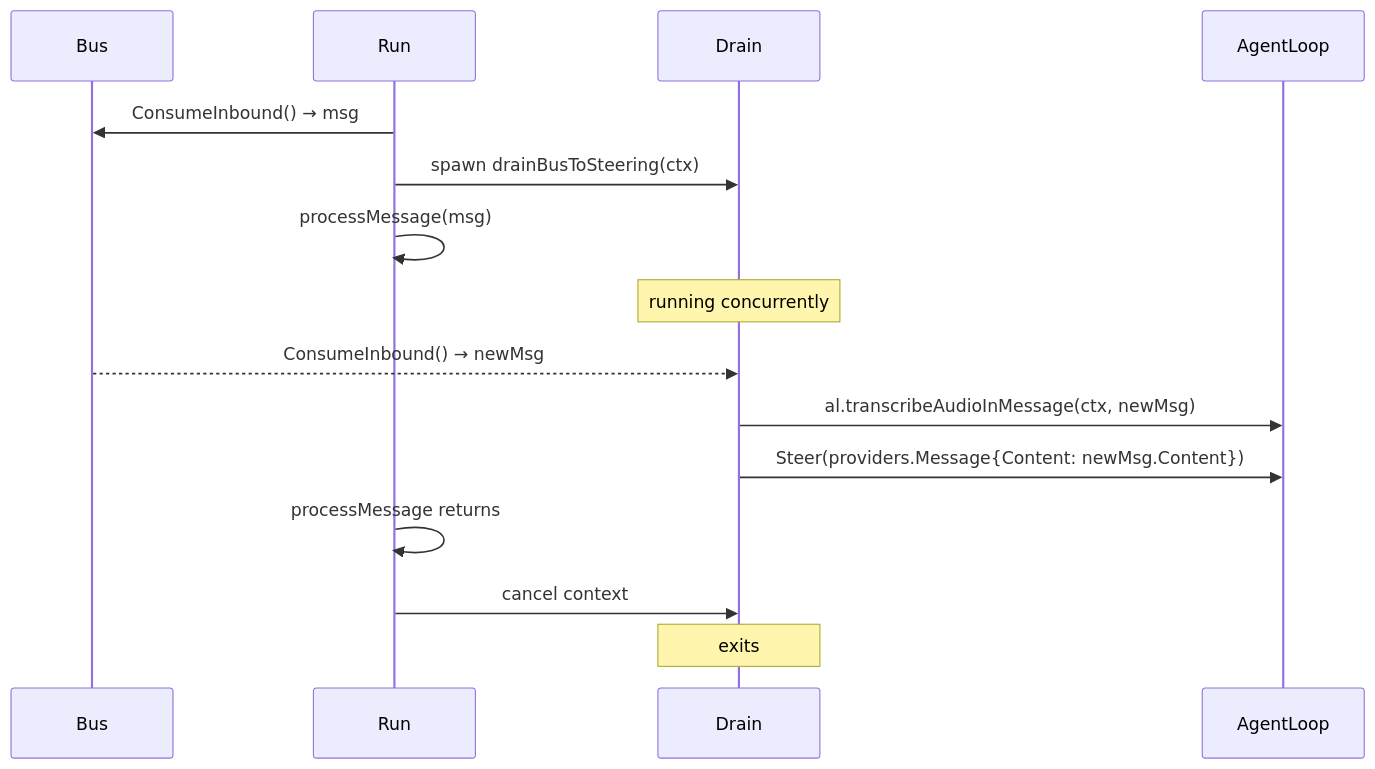
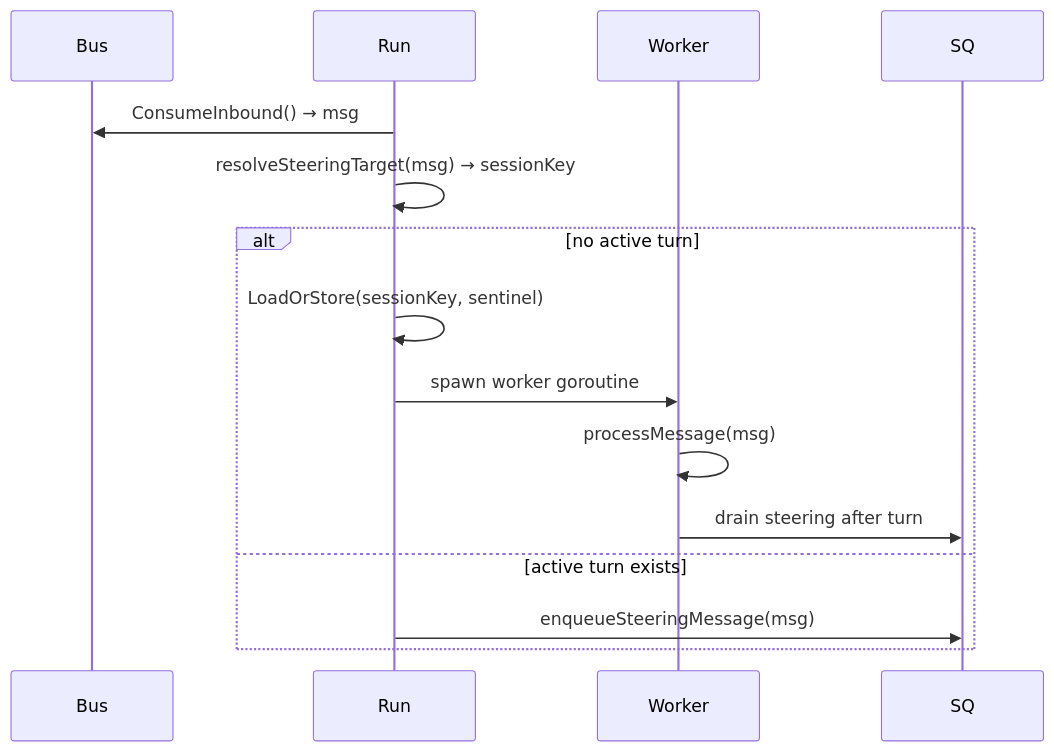
One commit to Net-Geometry/picoclaw changed the second of 4 diagrams in docs/design/steering-spec.md. Above: the diagram before and after it, drawn with Mermaid. The commit also changed other lines of this file and 13 other files, not shown here.

````diff
--- a/docs/design/steering-spec.md
+++ b/docs/design/steering-spec.md
@@ -56,21 +64,19 @@
 ```mermaid
 sequenceDiagram
     participant Bus
     participant Run
-    participant Drain
-    participant AgentLoop
+    participant Worker
+    participant SQ
 
     Run->>Bus: ConsumeInbound() → msg
-    Run->>Drain: spawn drainBusToSteering(ctx)
-    Run->>Run: processMessage(msg)
+    Run->>Run: resolveSteeringTarget(msg) → sessionKey
 
-    Note over Drain: running concurrently
-
-    Bus-->>Drain: ConsumeInbound() → newMsg
-    Drain->>AgentLoop: al.transcribeAudioInMessage(ctx, newMsg)
-    Drain->>AgentLoop: Steer(providers.Message{Content: newMsg.Content})
-
-    Run->>Run: processMessage returns
-    Run->>Drain: cancel context
-    Note over Drain: exits
+    alt no active turn
+        Run->>Run: LoadOrStore(sessionKey, sentinel)
+        Run->>Worker: spawn worker goroutine
+        Worker->>Worker: processMessage(msg)
+        Worker->>SQ: drain steering after turn
+    else active turn exists
+        Run->>SQ: enqueueSteeringMessage(msg)
+    end
 ```
````
